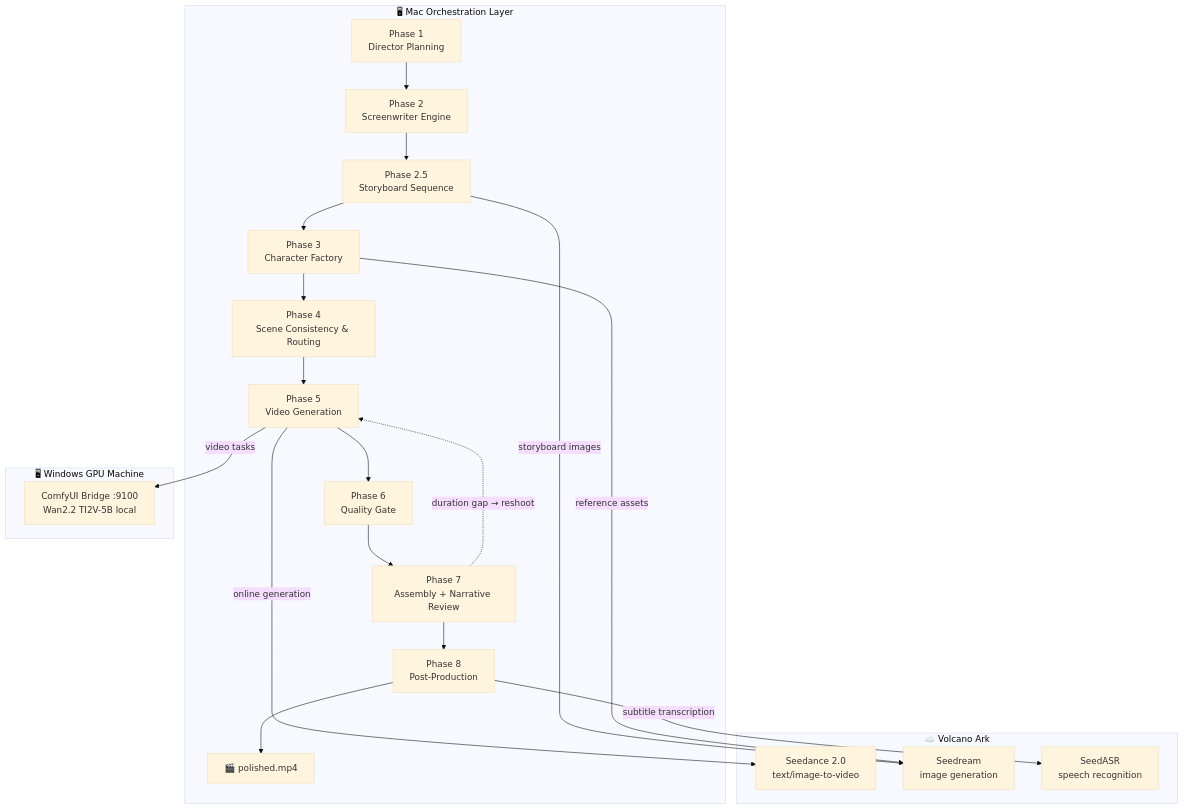
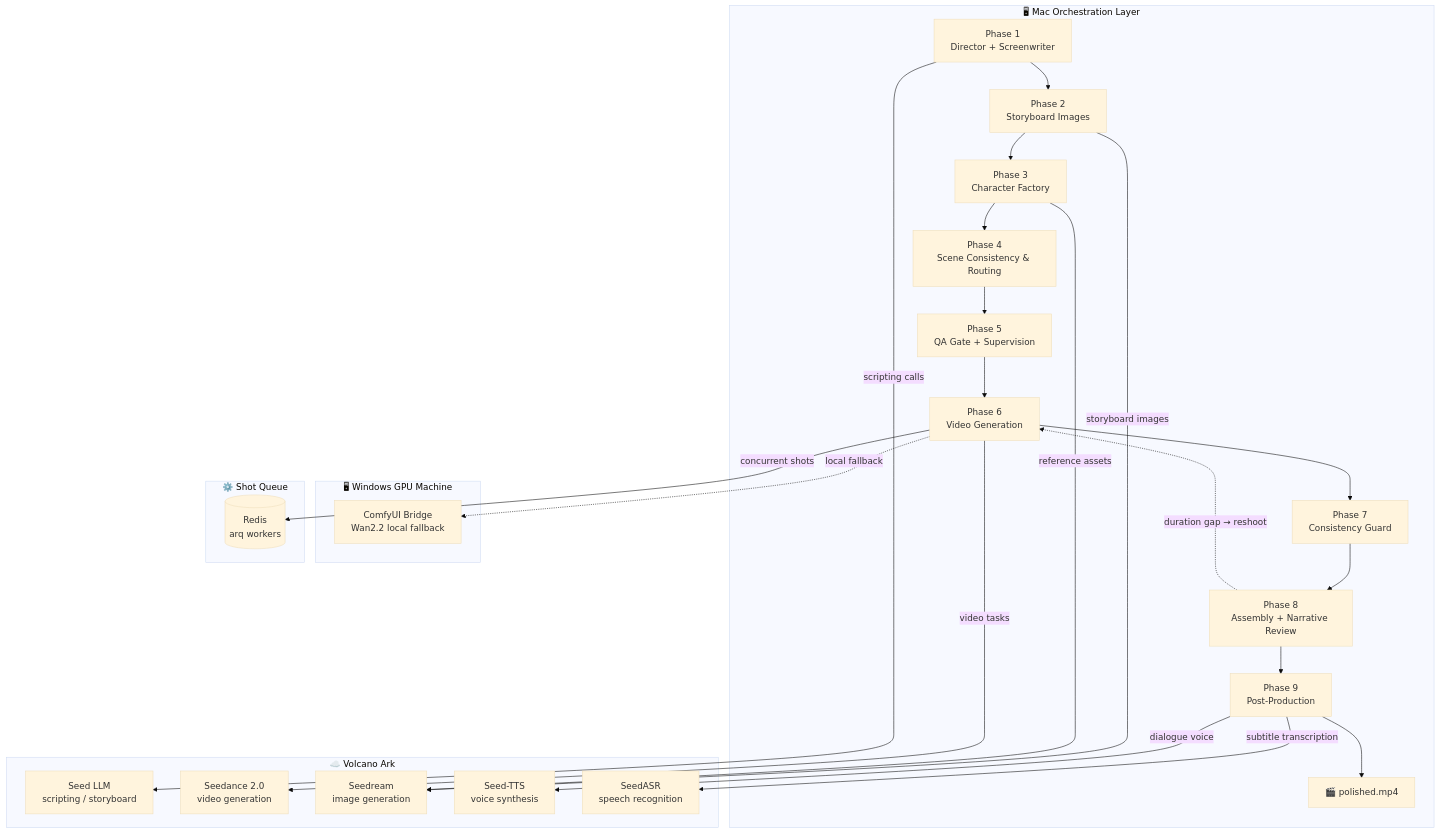
Before and after one commit to KuMaMon2019s/HonCutBag: the diagram in README.md, drawn with Mermaid (base theme). The commit also changed other lines of this file, not shown here.

Commit message:
Update README architecture and pipeline phases to match renumbered 9-phase pipeline

````diff
--- a/README.md
+++ b/README.md
@@ -24,32 +24,41 @@
 ```mermaid
 flowchart TB
     subgraph MAC["🖥 Mac Orchestration Layer"]
-        P1[Phase 1<br/>Director Planning] --> P2[Phase 2<br/>Screenwriter Engine]
-        P2 --> P25[Phase 2.5<br/>Storyboard Sequence]
-        P25 --> P3[Phase 3<br/>Character Factory]
+        P1[Phase 1<br/>Director + Screenwriter] --> P2[Phase 2<br/>Storyboard Images]
+        P2 --> P3[Phase 3<br/>Character Factory]
         P3 --> P4[Phase 4<br/>Scene Consistency & Routing]
-        P4 --> P5[Phase 5<br/>Video Generation]
-        P5 --> P6[Phase 6<br/>Quality Gate]
-        P6 --> P7[Phase 7<br/>Assembly + Narrative Review]
-        P7 --> P8[Phase 8<br/>Post-Production]
-        P8 --> OUT[🎬 polished.mp4]
+        P4 --> P5[Phase 5<br/>QA Gate + Supervision]
+        P5 --> P6[Phase 6<br/>Video Generation]
+        P6 --> P7[Phase 7<br/>Consistency Guard]
+        P7 --> P8[Phase 8<br/>Assembly + Narrative Review]
+        P8 --> P9[Phase 9<br/>Post-Production]
+        P9 --> OUT[🎬 polished.mp4]
     end
 
     subgraph WIN["🖥 Windows GPU Machine"]
-        BRIDGE[ComfyUI Bridge :9100<br/>Wan2.2 TI2V-5B local]
+        BRIDGE[ComfyUI Bridge<br/>Wan2.2 local fallback]
     end
 
     subgraph ARK["☁️ Volcano Ark"]
-        SD[Seedance 2.0<br/>text/image-to-video]
+        LLM[Seed LLM<br/>scripting / storyboard]
+        SD[Seedance 2.0<br/>video generation]
         SR[Seedream<br/>image generation]
+        TTS[Seed-TTS<br/>voice synthesis]
         ASR[SeedASR<br/>speech recognition]
     end
 
-    P5 -- "video tasks" --> BRIDGE
-    P5 -- "online generation" --> SD
-    P25 -- "storyboard images" --> SR
+    subgraph QUEUE["⚙️ Shot Queue"]
+        REDIS[(Redis<br/>arq workers)]
+    end
+
+    P1 -- "scripting calls" --> LLM
+    P6 -- "video tasks" --> SD
+    P6 -- "concurrent shots" --> REDIS
+    P6 -. "local fallback" .-> BRIDGE
+    P2 -- "storyboard images" --> SR
     P3 -- "reference assets" --> SR
-    P8 -- "subtitle transcription" --> ASR
+    P9 -- "dialogue voice" --> TTS
+    P9 -- "subtitle transcription" --> ASR
 
-    P7 -. "duration gap → reshoot" .-> P5
+    P8 -. "duration gap → reshoot" .-> P6
 ```
````
